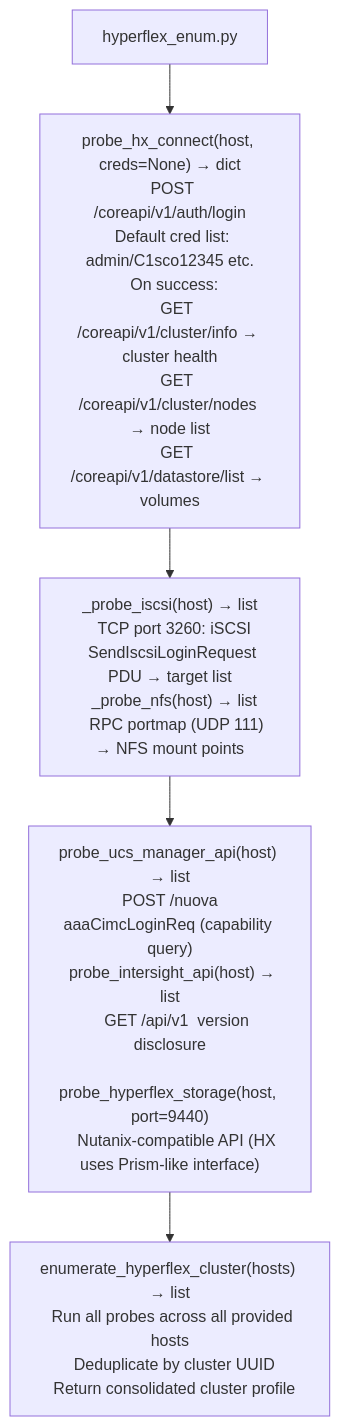
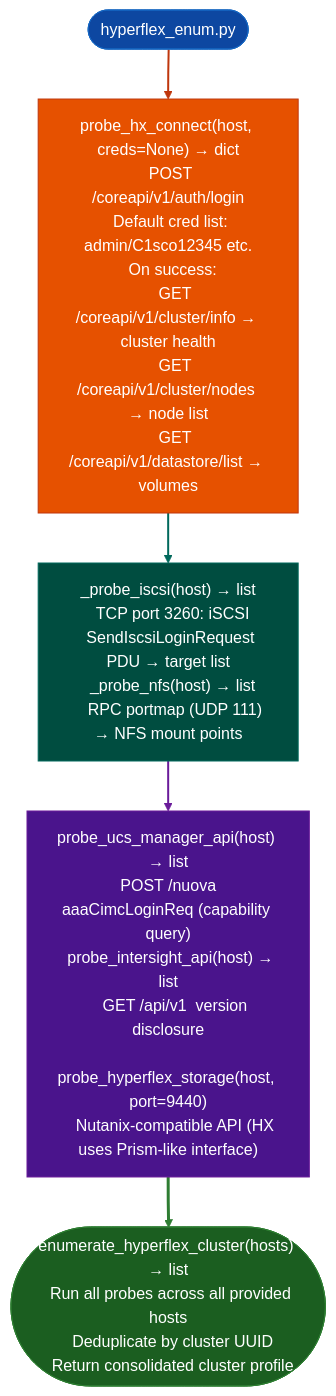
Before and after one commit to Ablation-Tool/ablation: the diagram in docs/reference-modules/hyperflex-ucs-intersight.md, drawn with Mermaid. The commit also changed 320 other files, not shown here.

First line of the commit message:
docs: apply canonical Mermaid template to all 321 diagrams

````diff
--- a/docs/reference-modules/hyperflex-ucs-intersight.md
+++ b/docs/reference-modules/hyperflex-ucs-intersight.md
@@ -19,7 +19,17 @@
 ```mermaid
 flowchart TD
-    A["hyperflex_enum.py"] --> B["probe_hx_connect(host, creds=None) → dict\n  POST /coreapi/v1/auth/login\n  Default cred list: admin/C1sco12345 etc.\n  On success:\n    GET /coreapi/v1/cluster/info → cluster health\n    GET /coreapi/v1/cluster/nodes → node list\n    GET /coreapi/v1/datastore/list → volumes"]
-    B --> C["_probe_iscsi(host) → list\n  TCP port 3260: iSCSI\n  SendIscsiLoginRequest PDU → target list\n  _probe_nfs(host) → list\n    RPC portmap (UDP 111) → NFS mount points"]
-    C --> D["probe_ucs_manager_api(host) → list\n  POST /nuova  aaaCimcLoginReq (capability query)\n  probe_intersight_api(host) → list\n    GET /api/v1  version disclosure\n  probe_hyperflex_storage(host, port=9440)\n    Nutanix-compatible API (HX uses Prism-like interface)"]
-    D --> E["enumerate_hyperflex_cluster(hosts) → list\n  Run all probes across all provided hosts\n  Deduplicate by cluster UUID\n  Return consolidated cluster profile"]
+    A(["hyperflex_enum.py"]):::input --> B["probe_hx_connect(host, creds=None) → dict\n  POST /coreapi/v1/auth/login\n  Default cred list: admin/C1sco12345 etc.\n  On success:\n    GET /coreapi/v1/cluster/info → cluster health\n    GET /coreapi/v1/cluster/nodes → node list\n    GET /coreapi/v1/datastore/list → volumes"]:::primary
+    B:::primary --> C["_probe_iscsi(host) → list\n  TCP port 3260: iSCSI\n  SendIscsiLoginRequest PDU → target list\n  _probe_nfs(host) → list\n    RPC portmap (UDP 111) → NFS mount points"]:::secondary
+    C:::secondary --> D["probe_ucs_manager_api(host) → list\n  POST /nuova  aaaCimcLoginReq (capability query)\n  probe_intersight_api(host) → list\n    GET /api/v1  version disclosure\n  probe_hyperflex_storage(host, port=9440)\n    Nutanix-compatible API (HX uses Prism-like interface)"]:::tertiary
+    D:::tertiary --> E(["enumerate_hyperflex_cluster(hosts) → list\n  Run all probes across all provided hosts\n  Deduplicate by cluster UUID\n  Return consolidated cluster profile"]):::output
+    classDef input     fill:#0d47a1,stroke:#1565c0,color:#fff
+    classDef primary   fill:#e65100,stroke:#bf360c,color:#fff
+    classDef secondary fill:#004d40,stroke:#00695c,color:#fff
+    classDef tertiary  fill:#4a148c,stroke:#6a1b9a,color:#fff
+    classDef neutral   fill:#37474f,stroke:#546e7a,color:#fff
+    classDef output    fill:#1b5e20,stroke:#2e7d32,color:#fff
+    linkStyle 0 stroke:#bf360c,stroke-width:2px
+    linkStyle 1 stroke:#00695c,stroke-width:2px
+    linkStyle 2 stroke:#6a1b9a,stroke-width:2px
+    linkStyle 3 stroke:#2e7d32,stroke-width:3px
 ```
````
